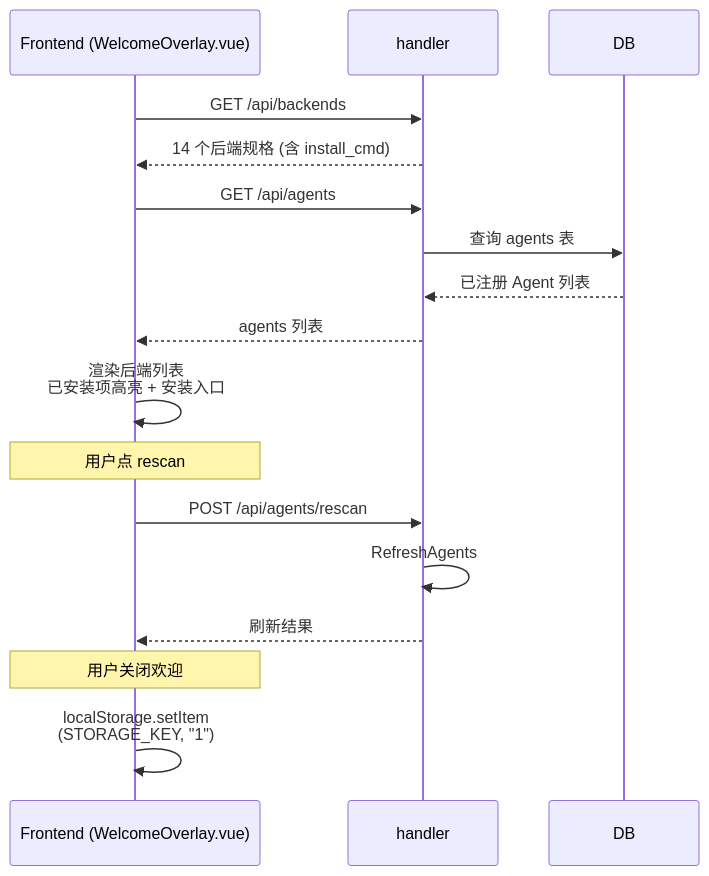
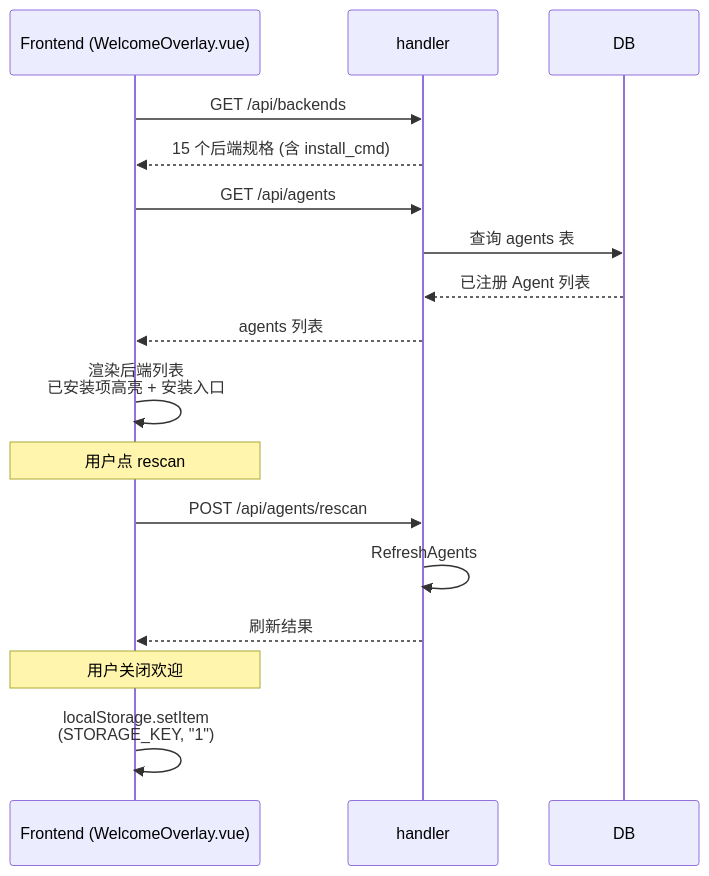
Before and after one commit to clawbench-dev/clawbench: the first of 2 diagrams in docs/spec/features/setup-wizard.md, drawn with Mermaid. The commit also changed other lines of this file and 16 other files, not shown here.

````diff
--- a/docs/spec/features/setup-wizard.md
+++ b/docs/spec/features/setup-wizard.md
@@ -17,20 +17,20 @@
 ```mermaid
 sequenceDiagram
     participant F as Frontend (WelcomeOverlay.vue)
     participant H as handler
     participant DB
 
     F->>H: GET /api/backends
-    H-->>F: 14 个后端规格 (含 install_cmd)
+    H-->>F: 15 个后端规格 (含 install_cmd)
     F->>H: GET /api/agents
     H->>DB: 查询 agents 表
     DB-->>H: 已注册 Agent 列表
     H-->>F: agents 列表
     F->>F: 渲染后端列表<br/>已安装项高亮 + 安装入口
     Note over F: 用户点 rescan
     F->>H: POST /api/agents/rescan
     H->>H: RefreshAgents
     H-->>F: 刷新结果
     Note over F: 用户关闭欢迎
     F->>F: localStorage.setItem<br/>(STORAGE_KEY, "1")
 ```
````
